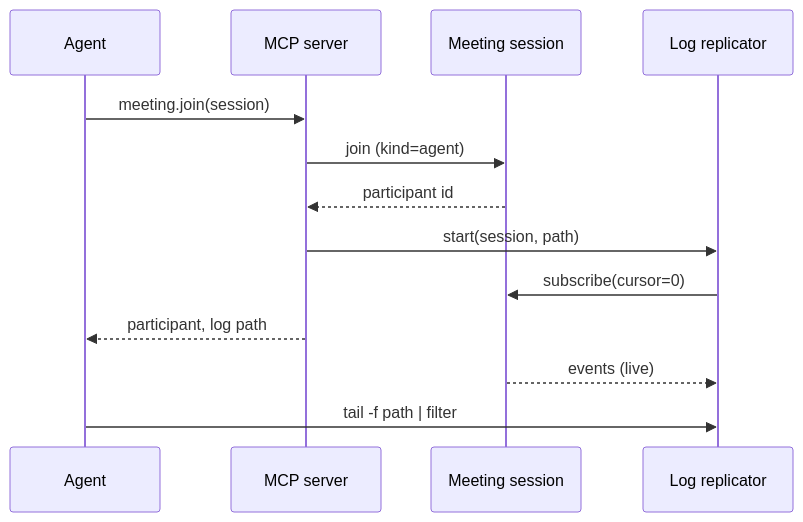
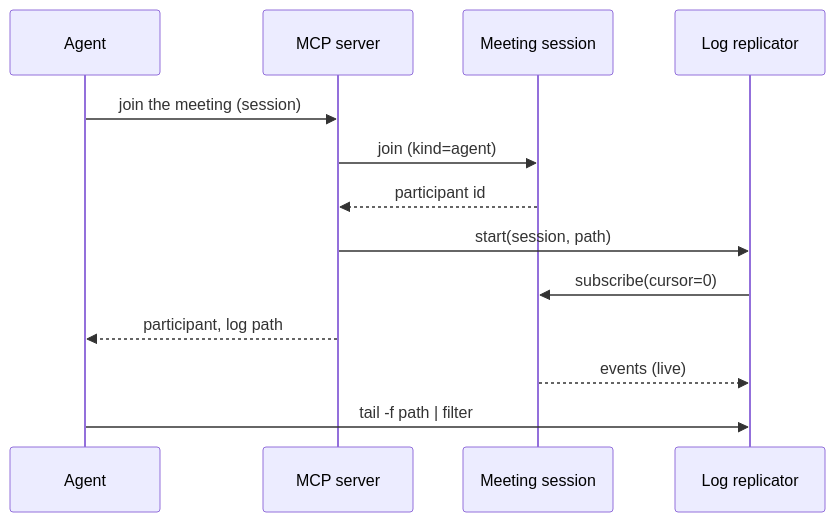
Before and after one commit to mrsimpson/agentic-office: the first of 24 diagrams in docs/architecture/06-runtime-view.arc42.md, drawn with Mermaid. The commit also changed other lines of this file and 9 other files, not shown here.

First line of the commit message:
docs(architecture): state each fact once, in its owner element (#285)

````diff
--- a/docs/architecture/06-runtime-view.arc42.md
+++ b/docs/architecture/06-runtime-view.arc42.md
@@ -27,15 +27,15 @@
 ```mermaid
 sequenceDiagram
     participant actor_agent as Agent
     participant bb_mcp as MCP server
     participant bb_session as Meeting session
     participant bb_replicator as Log replicator
-    actor_agent->>bb_mcp: meeting.join(session)
+    actor_agent->>bb_mcp: join the meeting (session)
     bb_mcp->>bb_session: join (kind=agent)
     bb_session-->>bb_mcp: participant id
     bb_mcp->>bb_replicator: start(session, path)
     bb_replicator->>bb_session: subscribe(cursor=0)
     bb_mcp-->>actor_agent: participant, log path
     bb_session-->>bb_replicator: events (live)
     actor_agent->>bb_replicator: tail -f path | filter
 ```
````
